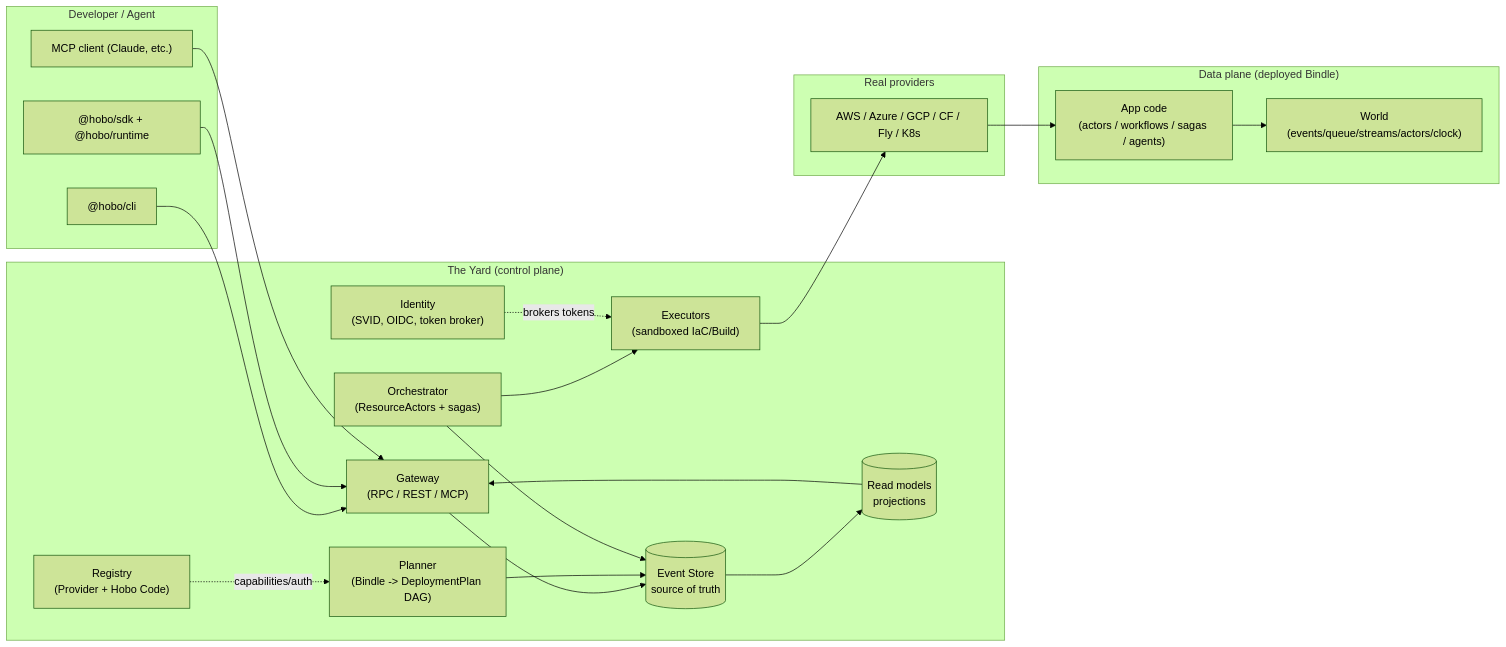
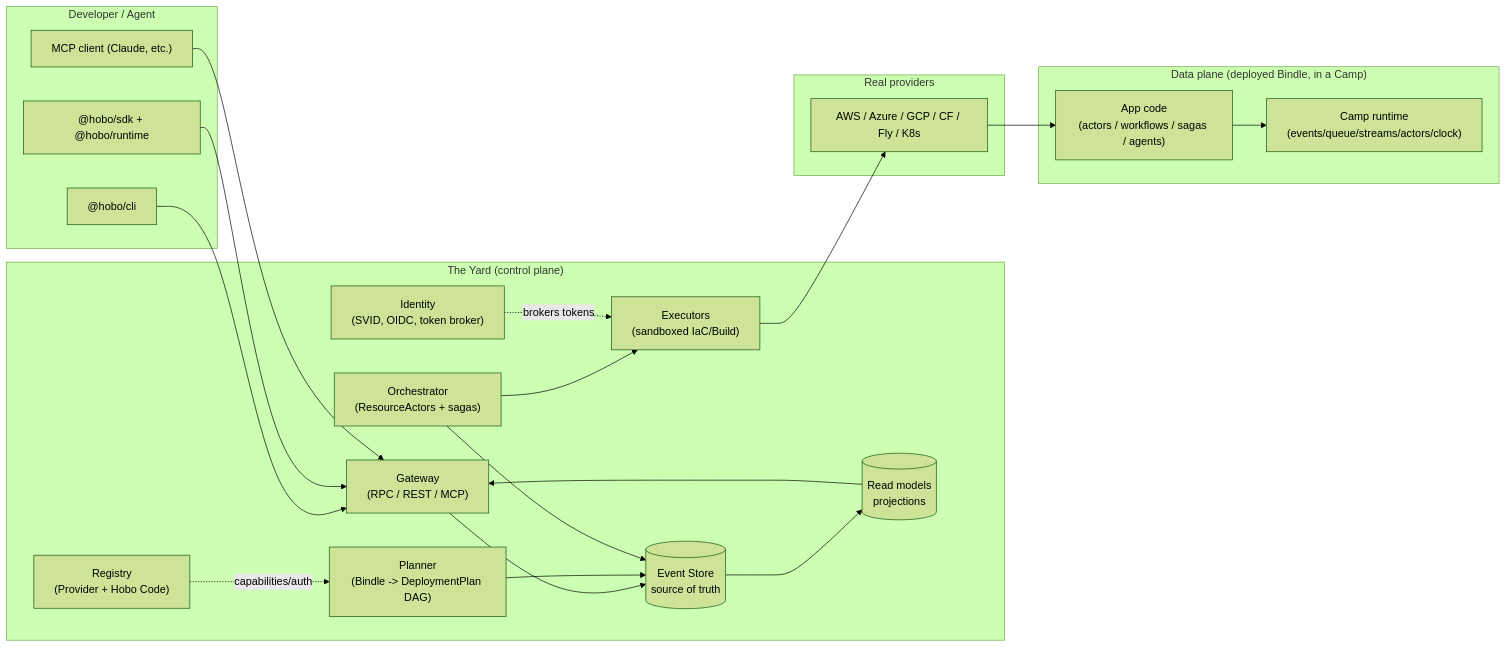
The diagram in docs/design/10-architecture-overview.md (Tyler-R-Kendrick/HoBo), drawn with Mermaid (forest theme) before and after one commit. The commit also changed other lines of this file and 39 other files, not shown here.

````diff
--- a/docs/design/10-architecture-overview.md
+++ b/docs/design/10-architecture-overview.md
@@ -20,41 +20,41 @@
 ```mermaid
 flowchart LR
   subgraph Dev["Developer / Agent"]
     SDK["@hobo/sdk + @hobo/runtime"]
     CLI["@hobo/cli"]
     MCP["MCP client (Claude, etc.)"]
   end
 
   subgraph Yard["The Yard (control plane)"]
     GW["Gateway<br/>(RPC / REST / MCP)"]
     ID["Identity<br/>(SVID, OIDC, token broker)"]
     REG["Registry<br/>(Provider + Hobo Code)"]
     PL["Planner<br/>(Bindle -> DeploymentPlan DAG)"]
     OR["Orchestrator<br/>(ResourceActors + sagas)"]
     EX["Executors<br/>(sandboxed IaC/Build)"]
     ES[("Event Store<br/>source of truth")]
     RM[("Read models<br/>projections")]
   end
 
   subgraph Cloud["Real providers"]
     CLOUDS["AWS / Azure / GCP / CF / Fly / K8s"]
   end
 
-  subgraph Data["Data plane (deployed Bindle)"]
+  subgraph Data["Data plane (deployed Bindle, in a Camp)"]
     APP["App code<br/>(actors / workflows / sagas / agents)"]
-    WORLD["World<br/>(events/queue/streams/actors/clock)"]
+    RT["Camp runtime<br/>(events/queue/streams/actors/clock)"]
   end
 
   CLI & SDK & MCP --> GW
   GW --> ES
   PL --> ES
   OR --> ES
   OR --> EX
   EX --> CLOUDS
   ID -. brokers tokens .-> EX
   REG -. capabilities/auth .-> PL
   ES --> RM
   RM --> GW
   CLOUDS --> APP
-  APP --> WORLD
+  APP --> RT
 ```
````
